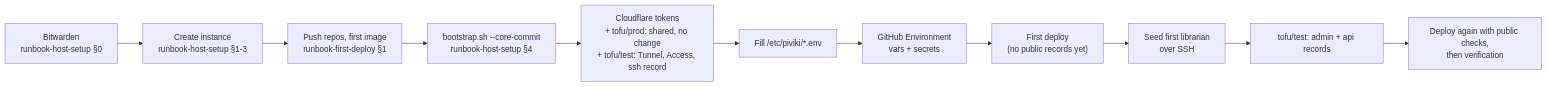
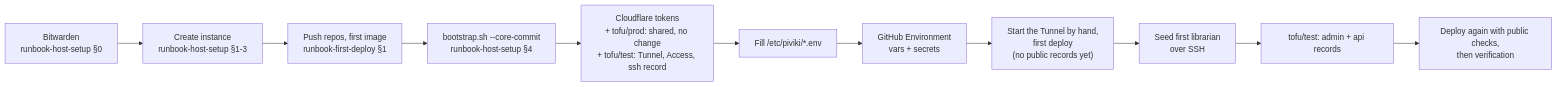
One commit to piviki-org/piviki-infra changed the fourth of 4 diagrams in README.md. Above: the diagram before and after it, drawn with Mermaid. The commit also changed other lines of this file and 1 other file, not shown here.

First line of the commit message:
docs(runbook): start the Tunnel by hand before the first deploy

````diff
--- a/README.md
+++ b/README.md
@@ -226,13 +226,13 @@
 ```mermaid
 flowchart LR
   z["Bitwarden<br/>runbook-host-setup §0"] --> a
   a["Create instance<br/>runbook-host-setup §1-3"] --> y["Push repos, first image<br/>runbook-first-deploy §1"]
   y --> b["bootstrap.sh --core-commit<br/>runbook-host-setup §4"]
   b --> c["Cloudflare tokens<br/>+ tofu/prod: shared, no change<br/>+ tofu/test: Tunnel, Access, ssh record"]
   c --> d["Fill /etc/piviki/*.env"]
   d --> e["GitHub Environment<br/>vars + secrets"]
-  e --> f["First deploy<br/>(no public records yet)"]
+  e --> f["Start the Tunnel by hand,<br/>first deploy<br/>(no public records yet)"]
   f --> g["Seed first librarian<br/>over SSH"]
   g --> h["tofu/test: admin + api records"]
   h --> i["Deploy again with public checks,<br/>then verification"]
 ```
````
